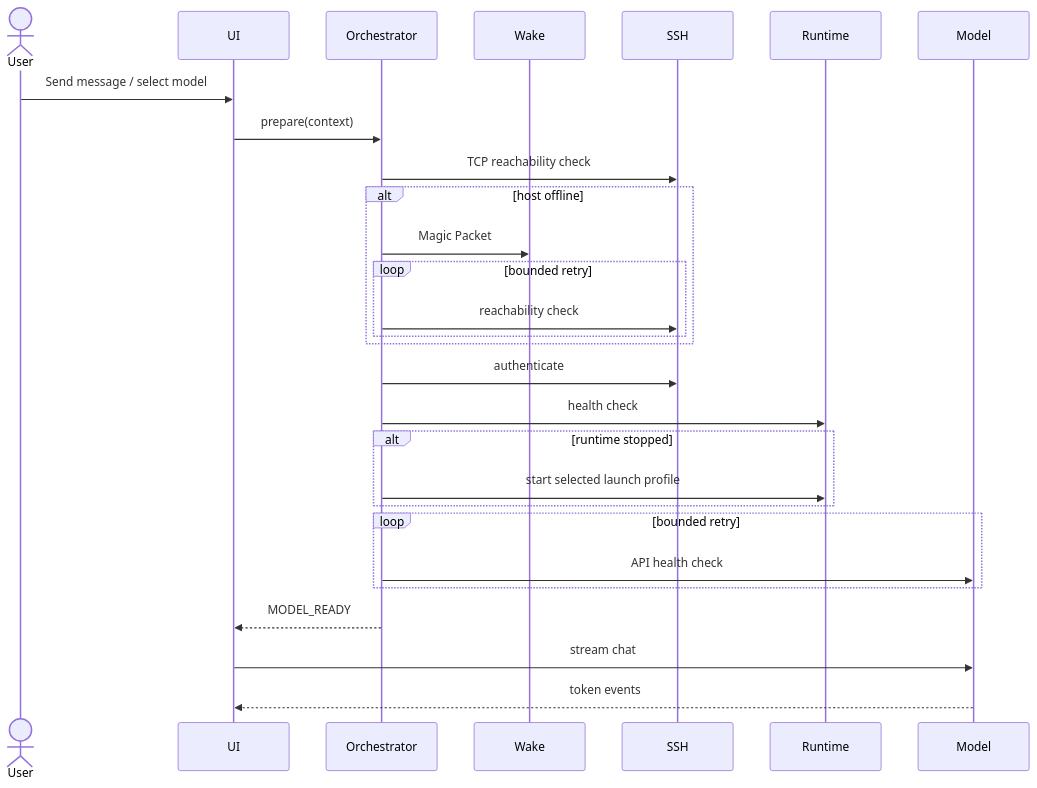
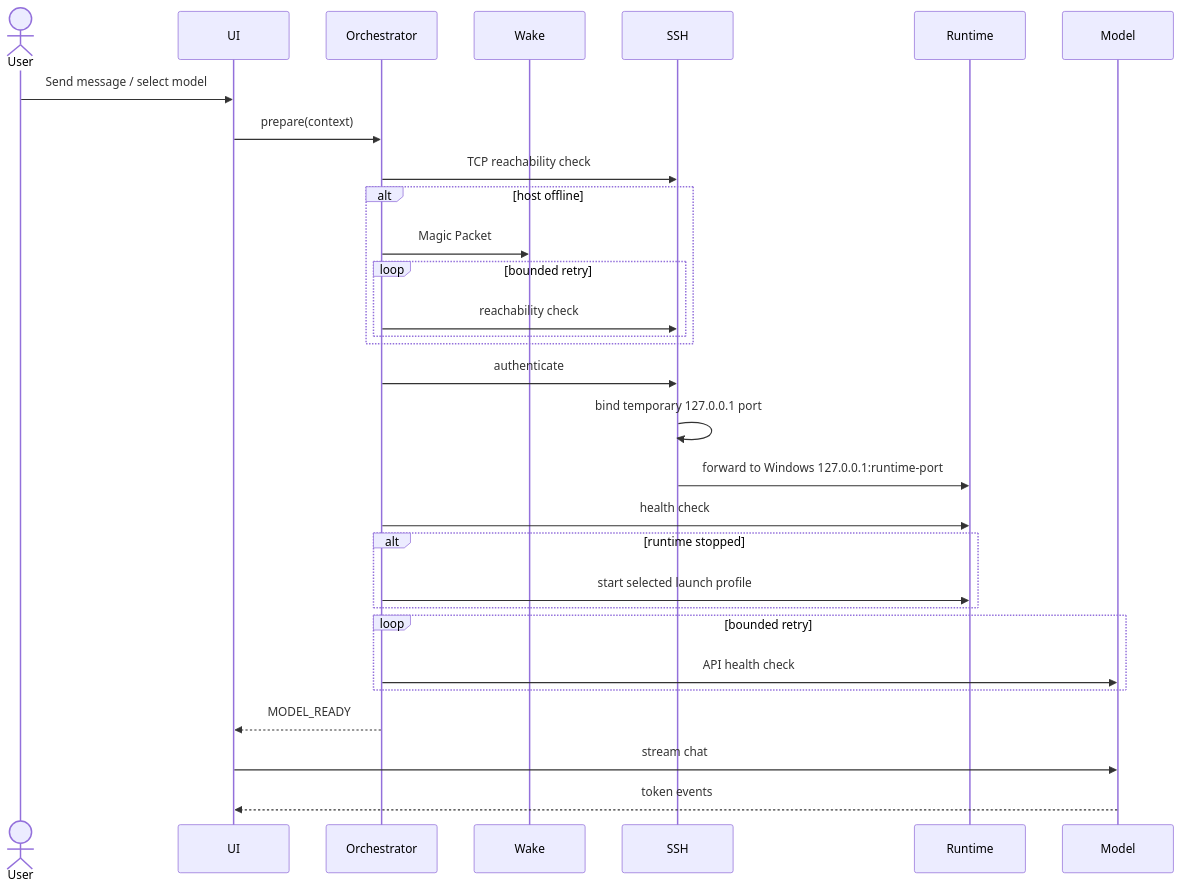
Before and after one commit to cprtmchzh/local-llm-client: the diagram in docs/CONNECTION_FLOW.md, drawn with Mermaid. The commit also changed other lines of this file and 4 other files, not shown here.

Commit message:
docs: document agent desktop architecture

````diff
--- a/docs/CONNECTION_FLOW.md
+++ b/docs/CONNECTION_FLOW.md
@@ -3,30 +3,32 @@
 ```mermaid
 sequenceDiagram
   actor User
   participant UI
   participant Orchestrator
   participant Wake
   participant SSH
   participant Runtime
   participant Model
   User->>UI: Send message / select model
   UI->>Orchestrator: prepare(context)
   Orchestrator->>SSH: TCP reachability check
   alt host offline
     Orchestrator->>Wake: Magic Packet
     loop bounded retry
       Orchestrator->>SSH: reachability check
     end
   end
   Orchestrator->>SSH: authenticate
+  SSH->>SSH: bind temporary 127.0.0.1 port
+  SSH->>Runtime: forward to Windows 127.0.0.1:runtime-port
   Orchestrator->>Runtime: health check
   alt runtime stopped
     Orchestrator->>Runtime: start selected launch profile
   end
   loop bounded retry
     Orchestrator->>Model: API health check
   end
   Orchestrator-->>UI: MODEL_READY
   UI->>Model: stream chat
   Model-->>UI: token events
 ```
````
